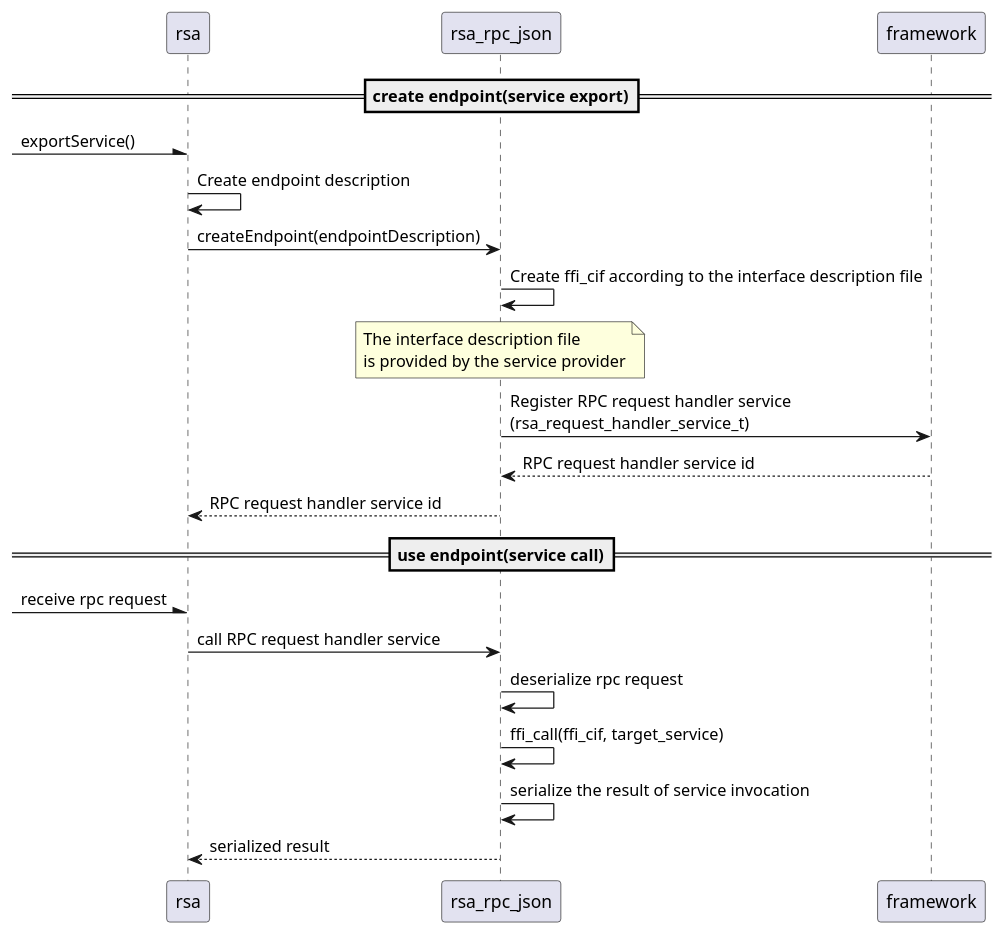
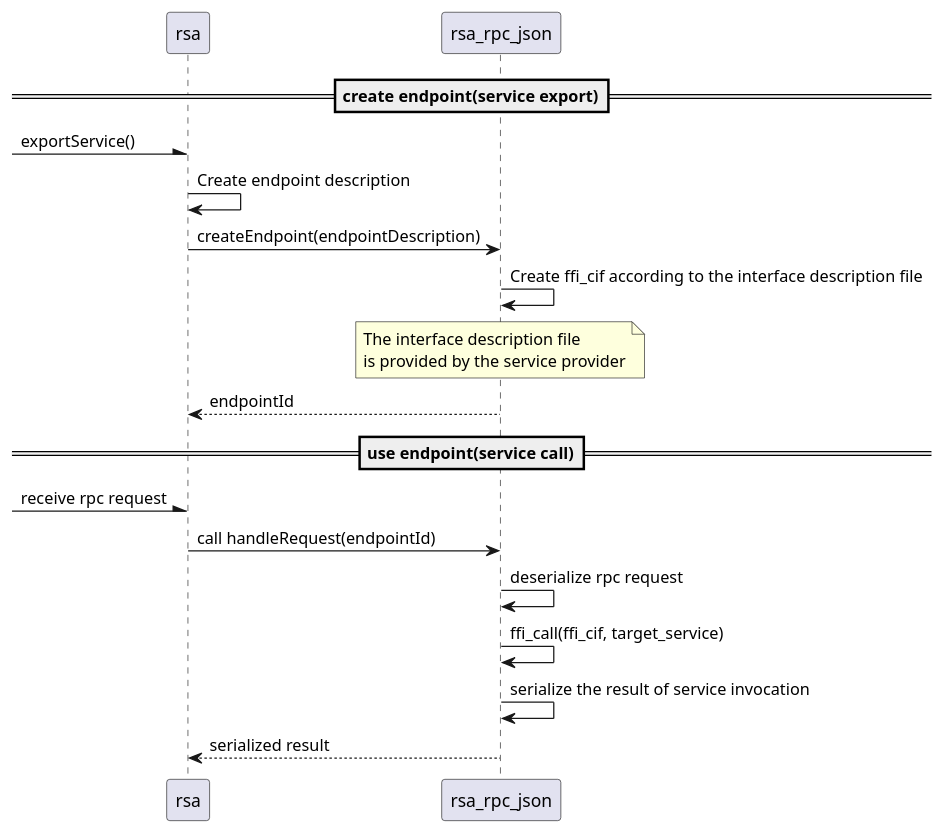
Before and after one commit to apache/celix: the diagram in bundles/remote_services/rsa_rpc_json/diagrams/remote_service_endpoint_use_seq.puml, drawn with PlantUML. The commit also changed 48 other files, not shown here.

Commit message:
Resolve the issue where the remote service endpoint is exported before being fully established

```diff
--- a/bundles/remote_services/rsa_rpc_json/diagrams/remote_service_endpoint_use_seq.puml
+++ b/bundles/remote_services/rsa_rpc_json/diagrams/remote_service_endpoint_use_seq.puml
@@ -16,22 +16,20 @@
 @startuml
 ==create endpoint(service export)==
 -\rsa:exportService()
 rsa->rsa:Create endpoint description
 rsa->rsa_rpc_json:createEndpoint(endpointDescription)
 rsa_rpc_json->rsa_rpc_json:Create ffi_cif according to the interface description file
 note over rsa_rpc_json
 The interface description file
 is provided by the service provider
 end note
-rsa_rpc_json->framework:Register RPC request handler service\n(rsa_request_handler_service_t)
-return RPC request handler service id
-rsa_rpc_json --> rsa:RPC request handler service id
+rsa_rpc_json --> rsa:endpointId
 
 ==use endpoint(service call)==
 -\rsa:receive rpc request
-rsa->rsa_rpc_json:call RPC request handler service
+rsa->rsa_rpc_json:call handleRequest(endpointId)
 rsa_rpc_json->rsa_rpc_json:deserialize rpc request
 rsa_rpc_json->rsa_rpc_json:ffi_call(ffi_cif, target_service)
 rsa_rpc_json->rsa_rpc_json:serialize the result of service invocation
 rsa_rpc_json-->rsa:serialized result
 @enduml
```
